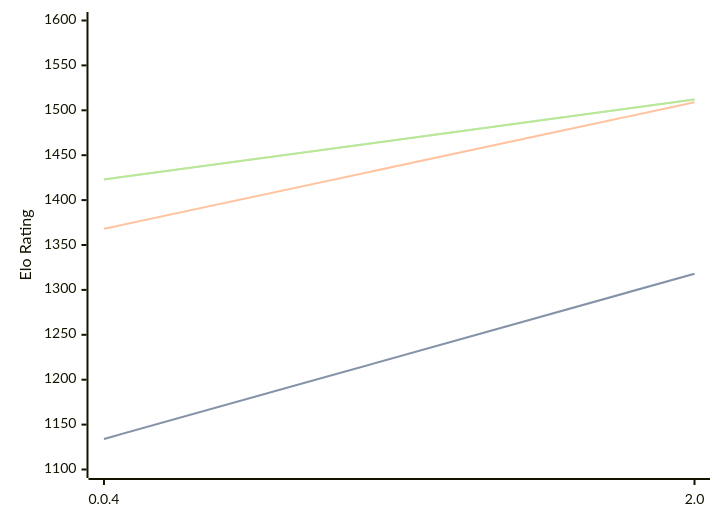
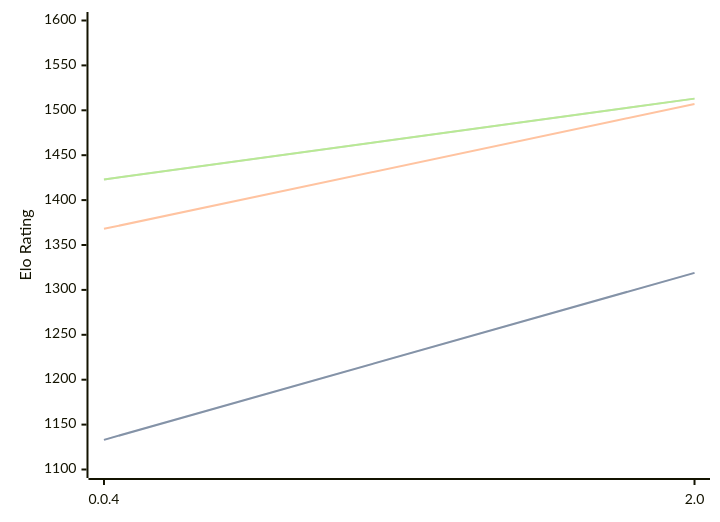
Before and after one commit to computer-chess-index/cci: the diagram in engines/Oops!Mate.md, drawn with Mermaid. The commit also changed other lines of this file, not shown here.

Commit message:
Update CCI Ratings (ELO VLTC) - 2026-03-06

````diff
--- a/engines/Oops!Mate.md
+++ b/engines/Oops!Mate.md
@@ -49,11 +49,11 @@
 ```mermaid
 %%{init: {"theme":"base","themeVariables":{"seriesColors:['#a3a3a3','#222221','#faa371']}}}%%
 xychart-beta
   x-axis ["0.0.4", "2.0"]
   y-axis "Elo Rating" 1100 --> 1600
-  line "STC (8.0+0.08s)" [1134, 1318]
-  line "STC (8.0+0.08s)" [1134, 1318]
-  line "LTC (60.0+0.60s)" [1368, 1509]
-  line "VLTC (2m24s+1.12s)" [1423, 1512]
-  line "VLTC (2m24s+1.12s)" [1423, 1512]
+  line "STC (8.0+0.08s)" [1133, 1319]
+  line "STC (8.0+0.08s)" [1133, 1319]
+  line "LTC (60.0+0.60s)" [1368, 1507]
+  line "VLTC (2m24s+1.12s)" [1423, 1513]
+  line "VLTC (2m24s+1.12s)" [1423, 1513]
 ```
````
